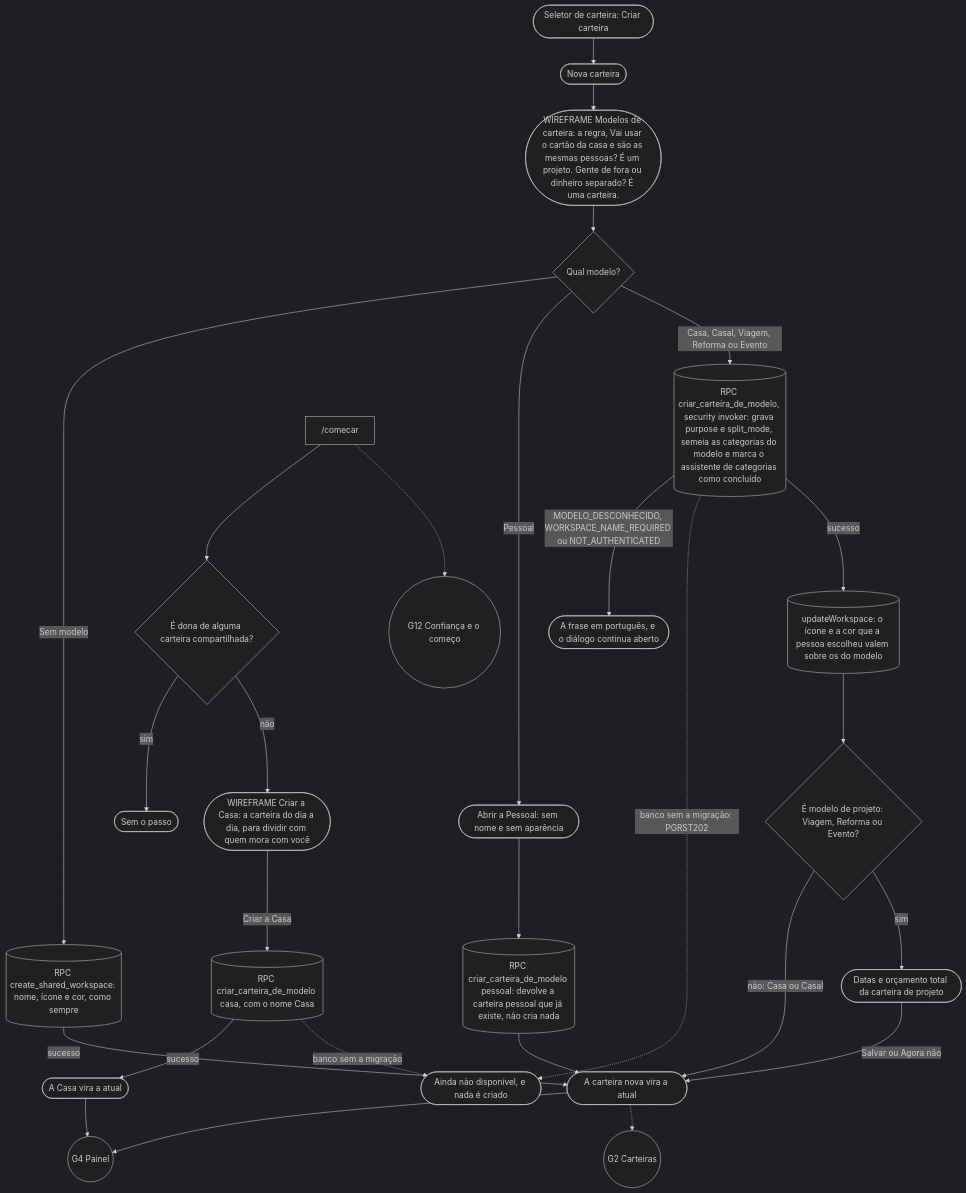
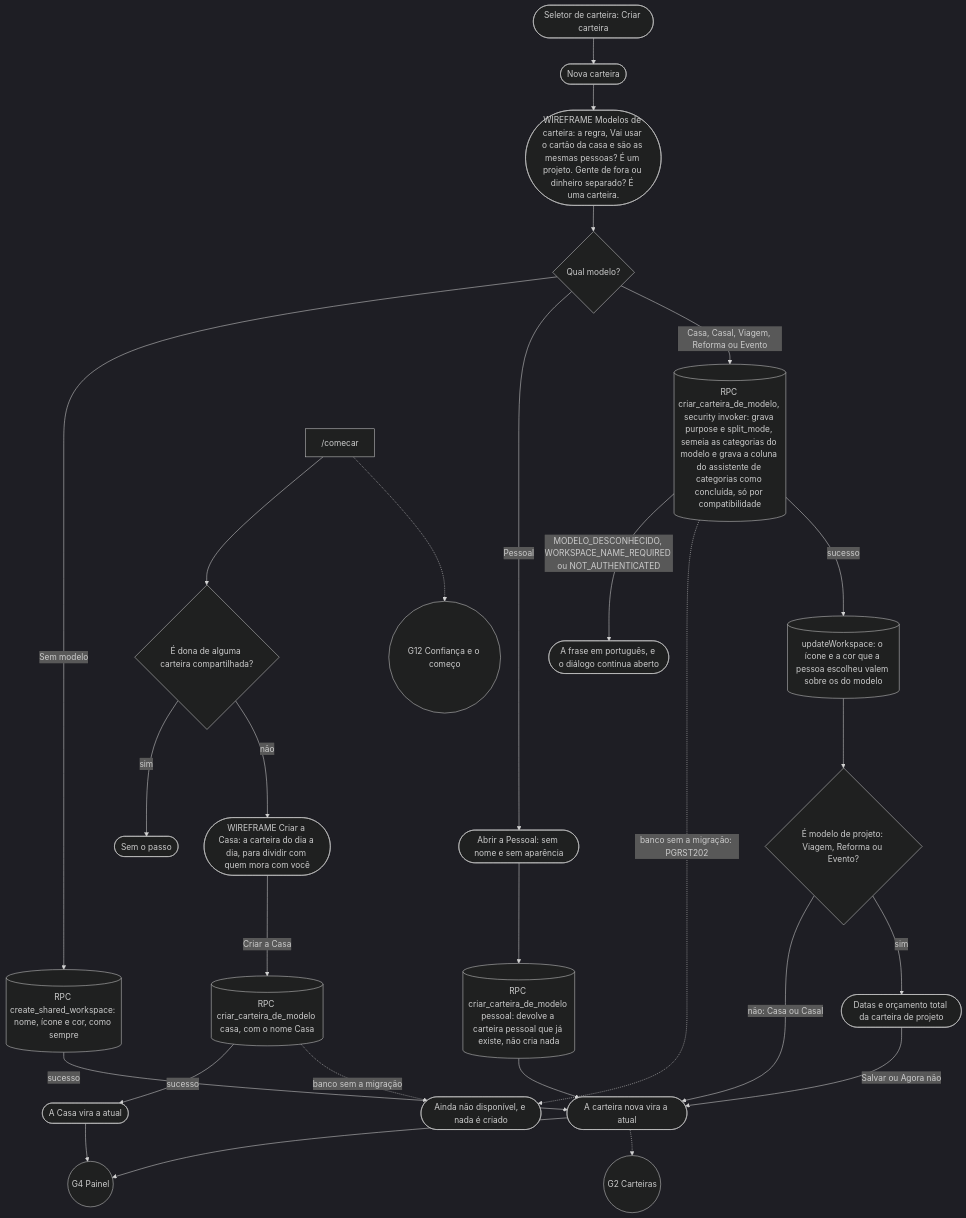
Before and after one commit to kauax2000/finance_app: diagram 27 of 32 in docs/JORNADAS.md, drawn with Mermaid. The commit also changed other lines of this file and 12 other files, not shown here.

Commit message:
refactor(categorias): sai o assistente de primeiro uso

````diff
--- a/docs/JORNADAS.md
+++ b/docs/JORNADAS.md
@@ -2000,31 +1988,31 @@
 ```mermaid
 %%{init: {"theme": "dark"}}%%
 flowchart TD
     switcher(["Seletor de carteira: Criar carteira"]) --> dlg(["Nova carteira"])
     dlg --> regra(["WIREFRAME Modelos de carteira: a regra, Vai usar o cartão da casa e são as mesmas pessoas? É um projeto. Gente de fora ou dinheiro separado? É uma carteira."])
     regra --> escolha{"Qual modelo?"}
     escolha -->|"Sem modelo"| semModelo[("RPC create_shared_workspace: nome, ícone e cor, como sempre")]
     escolha -->|"Pessoal"| pessoal(["Abrir a Pessoal: sem nome e sem aparência"])
     pessoal --> pessoalRpc[("RPC criar_carteira_de_modelo pessoal: devolve a carteira pessoal que já existe, não cria nada")]
-    escolha -->|"Casa, Casal, Viagem, Reforma ou Evento"| modeloRpc[("RPC criar_carteira_de_modelo, security invoker: grava purpose e split_mode, semeia as categorias do modelo e marca o assistente de categorias como concluído")]
+    escolha -->|"Casa, Casal, Viagem, Reforma ou Evento"| modeloRpc[("RPC criar_carteira_de_modelo, security invoker: grava purpose e split_mode, semeia as categorias do modelo e grava a coluna do assistente de categorias como concluída, só por compatibilidade")]
     modeloRpc -->|"MODELO_DESCONHECIDO, WORKSPACE_NAME_REQUIRED ou NOT_AUTHENTICATED"| erro(["A frase em português, e o diálogo continua aberto"])
     modeloRpc -.->|"banco sem a migração: PGRST202"| indisp(["Ainda não disponível, e nada é criado"])
     modeloRpc -->|"sucesso"| aparencia[("updateWorkspace: o ícone e a cor que a pessoa escolheu valem sobre os do modelo")]
     aparencia --> tipo{"É modelo de projeto: Viagem, Reforma ou Evento?"}
     tipo -->|"não: Casa ou Casal"| nova(["A carteira nova vira a atual"])
     tipo -->|"sim"| datas(["Datas e orçamento total da carteira de projeto"])
     datas -->|"Salvar ou Agora não"| nova
     semModelo -->|"sucesso"| nova
     pessoalRpc --> nova
     nova --> G4(("G4 Painel"))
     nova -.-> G2(("G2 Carteiras"))
 
     comecar["/comecar"] --> dona{"É dona de alguma carteira compartilhada?"}
     dona -->|"sim"| semPasso(["Sem o passo"])
     dona -->|"não"| casa(["WIREFRAME Criar a Casa: a carteira do dia a dia, para dividir com quem mora com você"])
     casa -->|"Criar a Casa"| casaRpc[("RPC criar_carteira_de_modelo casa, com o nome Casa")]
     casaRpc -->|"sucesso"| troca(["A Casa vira a atual"])
     casaRpc -.->|"banco sem a migração"| indisp
     troca --> G4
     comecar -.-> G12(("G12 Confiança e o começo"))
 ```
````
